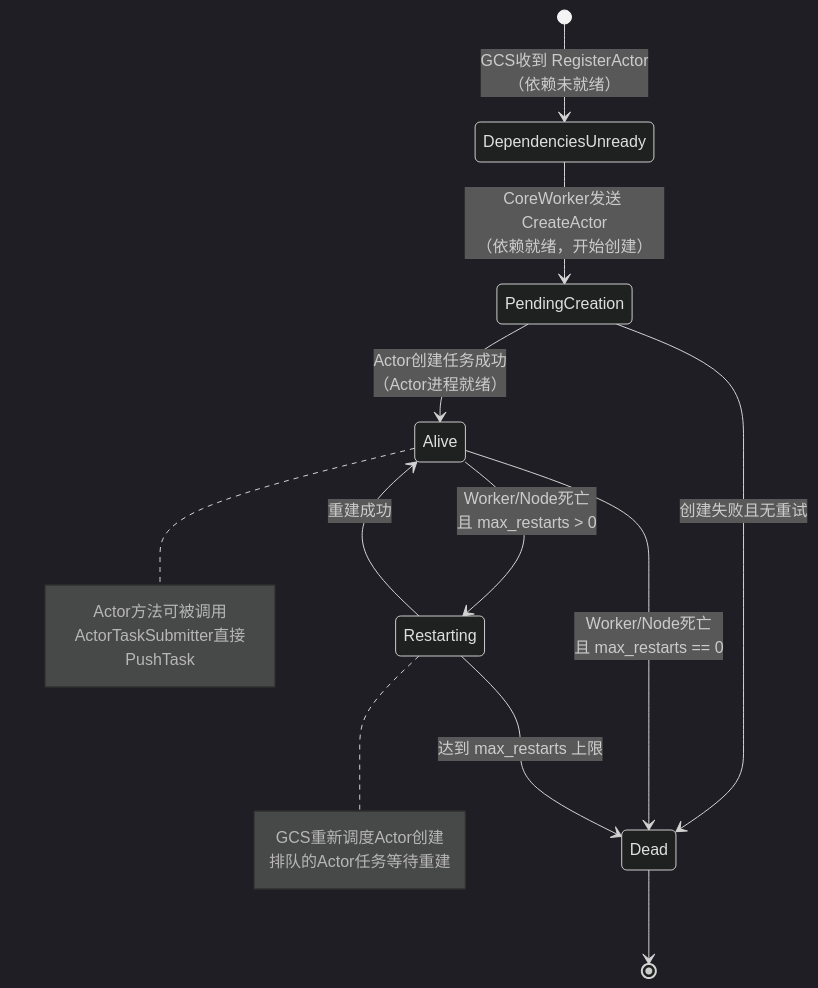
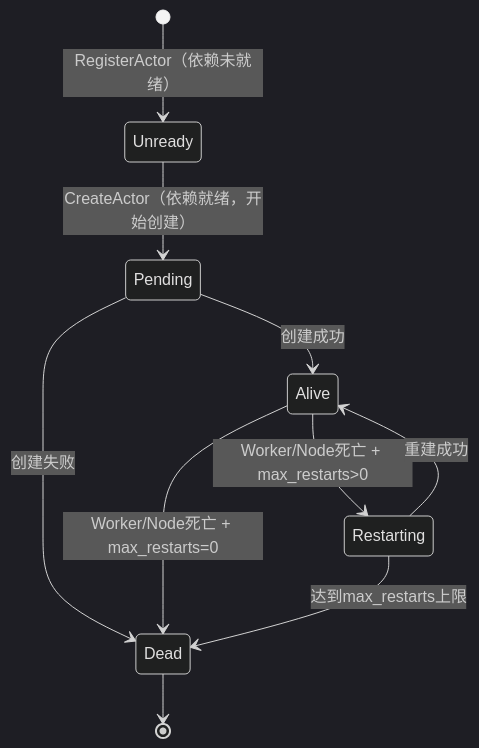
The fourth of 6 diagrams in doc/source/ray-core/ray-architecture-overview.md (wangguimin18-boop/ray-project), drawn with Mermaid (dark theme) before and after one commit. The commit also changed other lines of this file, not shown here.

````diff
--- a/doc/source/ray-core/ray-architecture-overview.md
+++ b/doc/source/ray-core/ray-architecture-overview.md
@@ -717,20 +444,12 @@
 ```mermaid
 stateDiagram-v2
-    [*] --> DependenciesUnready: GCS收到 RegisterActor<br>（依赖未就绪）
-
-    DependenciesUnready --> PendingCreation: CoreWorker发送 CreateActor<br>（依赖就绪，开始创建）
-
-    PendingCreation --> Alive: Actor创建任务成功<br>（Actor进程就绪）
-    PendingCreation --> Dead: 创建失败且无重试
-
-    Alive --> Restarting: Worker/Node死亡<br>且 max_restarts > 0
-    Alive --> Dead: Worker/Node死亡<br>且 max_restarts == 0
-
+    [*] --> Unready: RegisterActor（依赖未就绪）
+    Unready --> Pending: CreateActor（依赖就绪，开始创建）
+    Pending --> Alive: 创建成功
+    Pending --> Dead: 创建失败
+    Alive --> Restarting: Worker/Node死亡 + max_restarts>0
+    Alive --> Dead: Worker/Node死亡 + max_restarts=0
     Restarting --> Alive: 重建成功
-    Restarting --> Dead: 达到 max_restarts 上限
-
+    Restarting --> Dead: 达到max_restarts上限
     Dead --> [*]
-
-    note right of Alive: Actor方法可被调用<br>ActorTaskSubmitter直接PushTask
-    note right of Restarting: GCS重新调度Actor创建<br>排队的Actor任务等待重建
 ```
````
